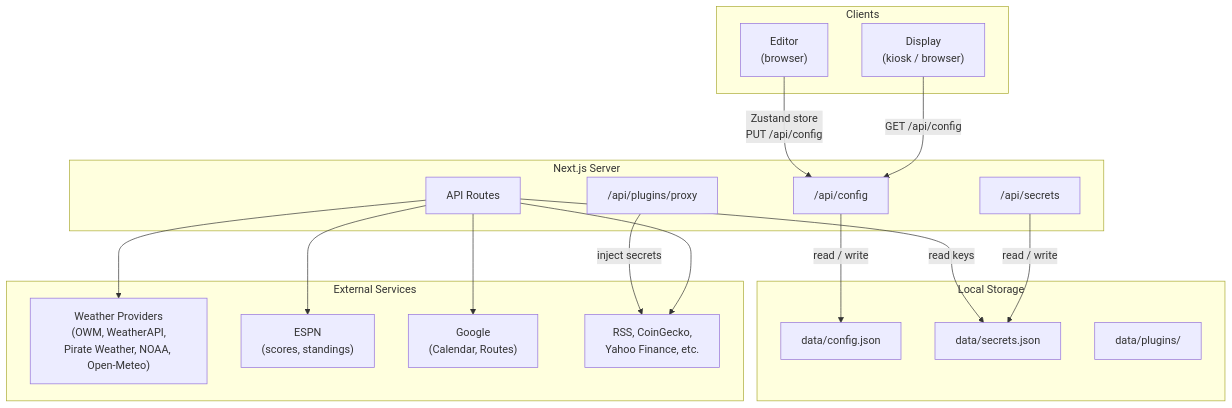
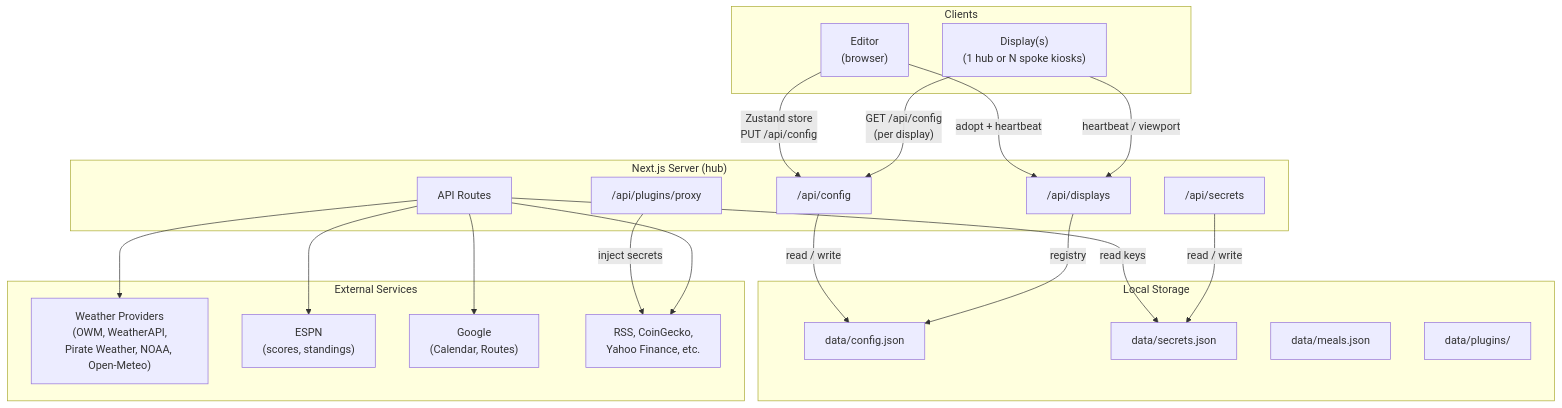
Before and after one commit to home-screens/home-screens: the diagram in README.md, drawn with Mermaid. The commit also changed other lines of this file and 11 other files, not shown here.

````diff
--- a/README.md
+++ b/README.md
@@ -189,38 +231,43 @@
 ```mermaid
 graph TB
     subgraph Clients
         Editor["Editor<br/>(browser)"]
-        Display["Display<br/>(kiosk / browser)"]
+        Display["Display(s)<br/>(1 hub or N spoke kiosks)"]
     end
 
-    subgraph "Next.js Server"
+    subgraph "Next.js Server (hub)"
         API["API Routes"]
         ConfigAPI["/api/config"]
+        DisplaysAPI["/api/displays"]
         SecretsAPI["/api/secrets"]
         PluginProxy["/api/plugins/proxy"]
     end
 
     subgraph "Local Storage"
         Config["data/config.json"]
         Secrets["data/secrets.json"]
+        Meals["data/meals.json"]
         Plugins["data/plugins/"]
     end
 
     subgraph "External Services"
         Weather["Weather Providers<br/>(OWM, WeatherAPI,<br/>Pirate Weather, NOAA, Open-Meteo)"]
         ESPN["ESPN<br/>(scores, standings)"]
         Google["Google<br/>(Calendar, Routes)"]
         Other["RSS, CoinGecko,<br/>Yahoo Finance, etc."]
     end
 
     Editor -- "Zustand store<br/>PUT /api/config" --> ConfigAPI
+    Editor -- "adopt + heartbeat" --> DisplaysAPI
     ConfigAPI -- "read / write" --> Config
-    Display -- "GET /api/config" --> ConfigAPI
+    Display -- "GET /api/config<br/>(per display)" --> ConfigAPI
+    Display -- "heartbeat / viewport" --> DisplaysAPI
+    DisplaysAPI -- "registry" --> Config
     API -- "read keys" --> Secrets
     SecretsAPI -- "read / write" --> Secrets
     PluginProxy -- "inject secrets" --> Other
     API --> Weather
     API --> ESPN
     API --> Google
     API --> Other
 ```
````
